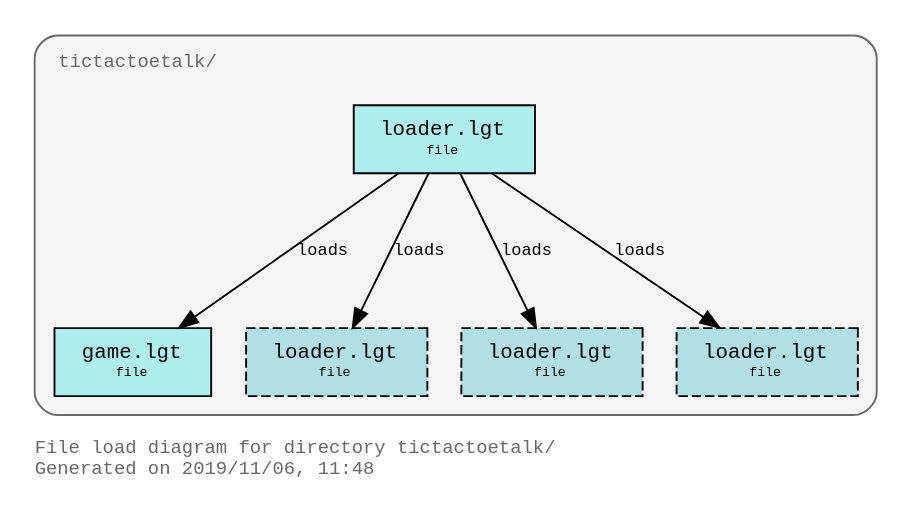
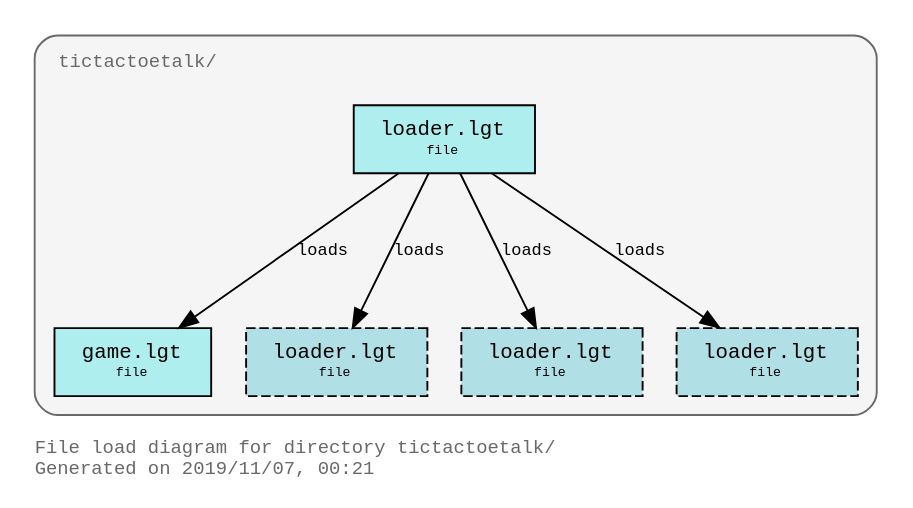
The diagram in design/tictactoetalk_file_load_diagram.dot (PaulBrownMagic/TicTacToeTalk), drawn with Graphviz before and after one commit. The commit also changed 15 other files, not shown here.

Commit message:
Updated graphviz diagrams

```diff
--- a/design/tictactoetalk_file_load_diagram.dot
+++ b/design/tictactoetalk_file_load_diagram.dot
@@ -1,35 +1,35 @@
 digraph "tictactoetalk" {
 rankdir="TB"
 ranksep="1.0"
 compound="true"
 splines="true"
 pack="true"
 clusterrank="local"
 labeljust="l"
 margin="1.0"
 fontname="Courier"
 fontsize="10"
 fontcolor="dimgray"
 pencolor="dimgray"
 node [shape="ellipse",style="filled",fillcolor="white",fontname="Courier",fontsize="9"]
 edge [fontname="Courier",fontsize="9"]
-label="File load diagram for directory tictactoetalk/\lGenerated on 2019/11/06, 11:48\l"
+label="File load diagram for directory tictactoetalk/\lGenerated on 2019/11/07, 00:21\l"
 
 subgraph "cluster_directory_tictactoetalk" {
 bgcolor="whitesmoke"
 style="rounded"
 margin="10"
 label=<<TABLE border="0" cellborder="0"><TR><TD tooltip="tictactoetalk/">tictactoetalk/</TD></TR></TABLE>>
 tooltip="tictactoetalk/"
 "/home/paul/Development/tictactoetalk/loader.lgt" [shape="box",tooltip="tictactoetalk/loader.lgt",style="filled",fillcolor="paleturquoise",label=<<TABLE border="0" cellborder="0" cellspacing="0" cellpadding="0"><TR><TD> </TD><TD><FONT POINT-SIZE="11">loader.lgt</FONT></TD><TD> </TD></TR><TR><TD> </TD><TD><FONT POINT-SIZE="7">file</FONT></TD><TD> </TD></TR></TABLE>>]
 "/home/paul/Development/tictactoetalk/game.lgt" [shape="box",tooltip="tictactoetalk/game.lgt",style="filled",fillcolor="paleturquoise",label=<<TABLE border="0" cellborder="0" cellspacing="0" cellpadding="0"><TR><TD> </TD><TD><FONT POINT-SIZE="11">game.lgt</FONT></TD><TD> </TD></TR><TR><TD> </TD><TD><FONT POINT-SIZE="7">file</FONT></TD><TD> </TD></TR></TABLE>>]
 "/home/paul/logtalk/library/types/loader.lgt" [shape="box",tooltip="logtalk/library/types/loader.lgt",style="filled,dashed",fillcolor="powderblue",label=<<TABLE border="0" cellborder="0" cellspacing="0" cellpadding="0"><TR><TD> </TD><TD><FONT POINT-SIZE="11">loader.lgt</FONT></TD><TD> </TD></TR><TR><TD> </TD><TD><FONT POINT-SIZE="7">file</FONT></TD><TD> </TD></TR></TABLE>>]
 "/home/paul/logtalk/library/meta/loader.lgt" [shape="box",tooltip="logtalk/library/meta/loader.lgt",style="filled,dashed",fillcolor="powderblue",label=<<TABLE border="0" cellborder="0" cellspacing="0" cellpadding="0"><TR><TD> </TD><TD><FONT POINT-SIZE="11">loader.lgt</FONT></TD><TD> </TD></TR><TR><TD> </TD><TD><FONT POINT-SIZE="7">file</FONT></TD><TD> </TD></TR></TABLE>>]
 "/home/paul/logtalk/library/random/loader.lgt" [shape="box",tooltip="logtalk/library/random/loader.lgt",style="filled,dashed",fillcolor="powderblue",label=<<TABLE border="0" cellborder="0" cellspacing="0" cellpadding="0"><TR><TD> </TD><TD><FONT POINT-SIZE="11">loader.lgt</FONT></TD><TD> </TD></TR><TR><TD> </TD><TD><FONT POINT-SIZE="7">file</FONT></TD><TD> </TD></TR></TABLE>>]
 "/home/paul/Development/tictactoetalk/loader.lgt" -> "/home/paul/logtalk/library/types/loader.lgt" [arrowhead="normal",labeltooltip="loads",label=<loads>]
 "/home/paul/Development/tictactoetalk/loader.lgt" -> "/home/paul/logtalk/library/meta/loader.lgt" [arrowhead="normal",labeltooltip="loads",label=<loads>]
 "/home/paul/Development/tictactoetalk/loader.lgt" -> "/home/paul/logtalk/library/random/loader.lgt" [arrowhead="normal",labeltooltip="loads",label=<loads>]
 "/home/paul/Development/tictactoetalk/loader.lgt" -> "/home/paul/Development/tictactoetalk/game.lgt" [arrowhead="normal",labeltooltip="loads",label=<loads>]
 }
 
 }
```
